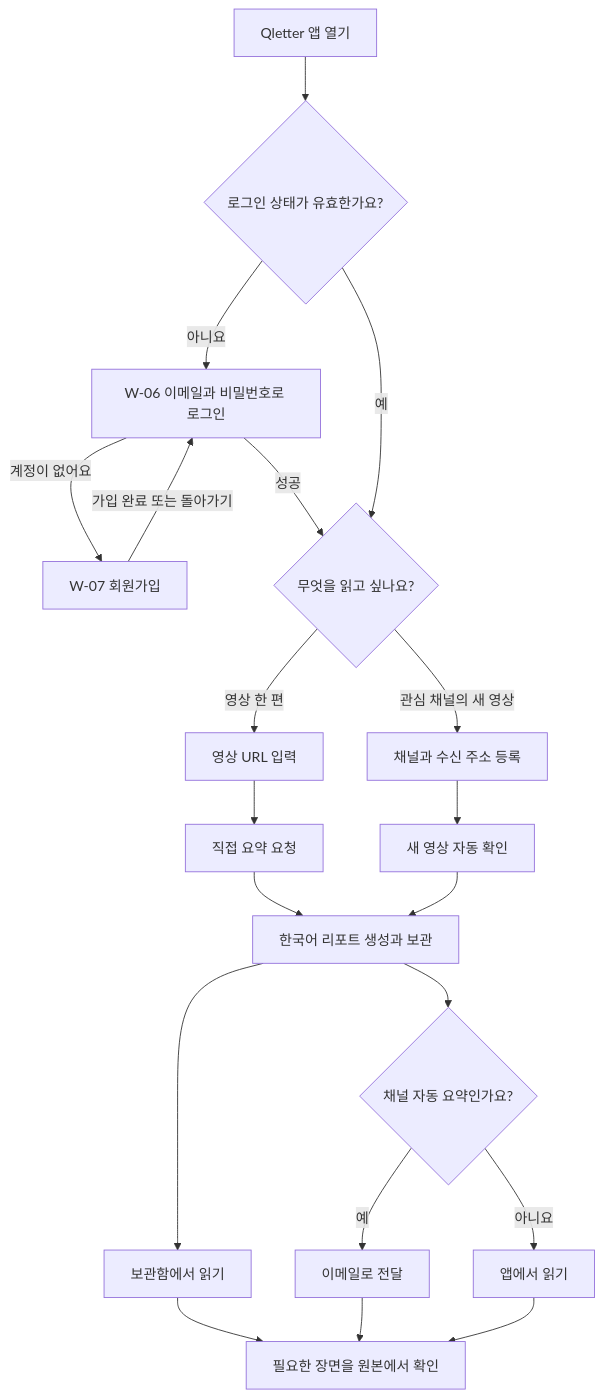
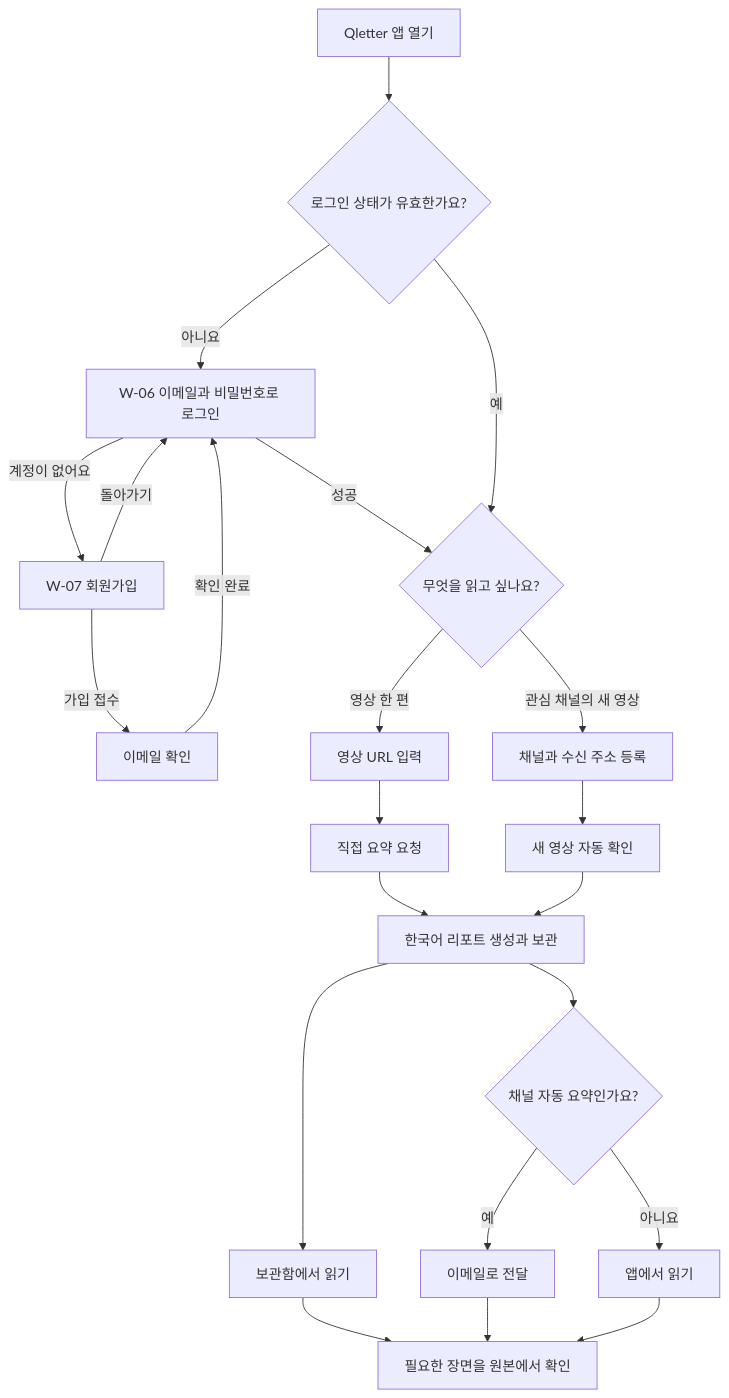
The first of 5 diagrams in docs/qletter/05-user-flows.md (ted-workshop/user-interface-ssu), drawn with Mermaid before and after one commit. The commit also changed other lines of this file and 10 other files, not shown here.

````diff
--- a/docs/qletter/05-user-flows.md
+++ b/docs/qletter/05-user-flows.md
@@ -9,22 +9,24 @@
 ```mermaid
 flowchart TD
     Start[Qletter 앱 열기] --> Session{로그인 상태가 유효한가요?}
     Session -->|아니요| Login[W-06 이메일과 비밀번호로 로그인]
     Login -->|계정이 없어요| Signup[W-07 회원가입]
-    Signup -->|가입 완료 또는 돌아가기| Login
+    Signup -->|가입 접수| Verify[이메일 확인]
+    Verify -->|확인 완료| Login
+    Signup -->|돌아가기| Login
     Login -->|성공| Goal{무엇을 읽고 싶나요?}
     Session -->|예| Goal
     Goal -->|영상 한 편| URL[영상 URL 입력]
     Goal -->|관심 채널의 새 영상| Channel[채널과 수신 주소 등록]
     URL --> Direct[직접 요약 요청]
     Channel --> Watch[새 영상 자동 확인]
     Direct --> Report[한국어 리포트 생성과 보관]
     Watch --> Report
     Report --> Read[보관함에서 읽기]
     Report --> Delivery{채널 자동 요약인가요?}
     Delivery -->|예| Email[이메일로 전달]
     Delivery -->|아니요| AppRead[앱에서 읽기]
     Read --> Original[필요한 장면을 원본에서 확인]
     Email --> Original
     AppRead --> Original
 ```
````
